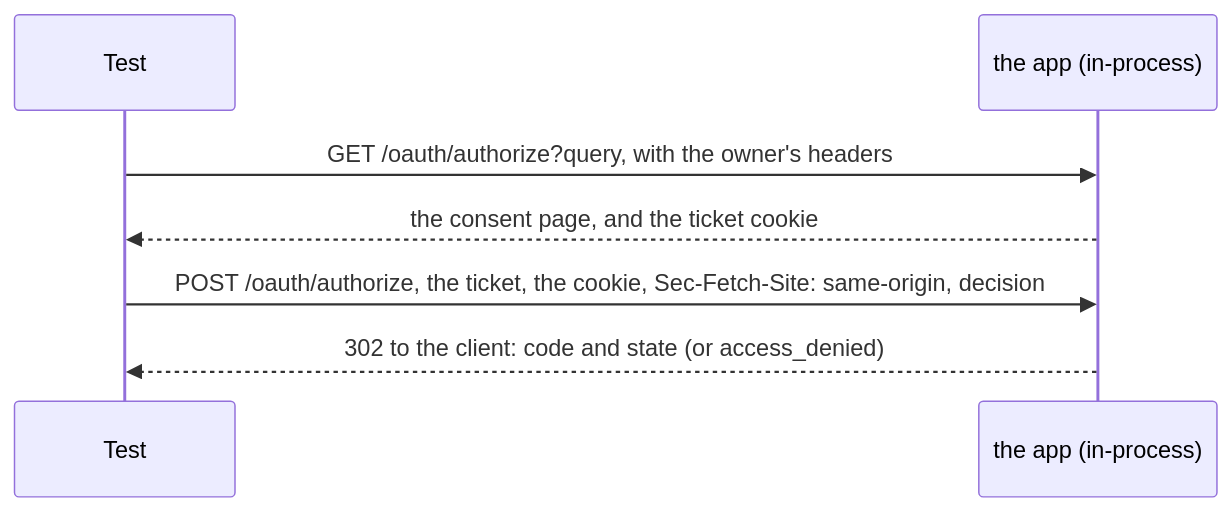
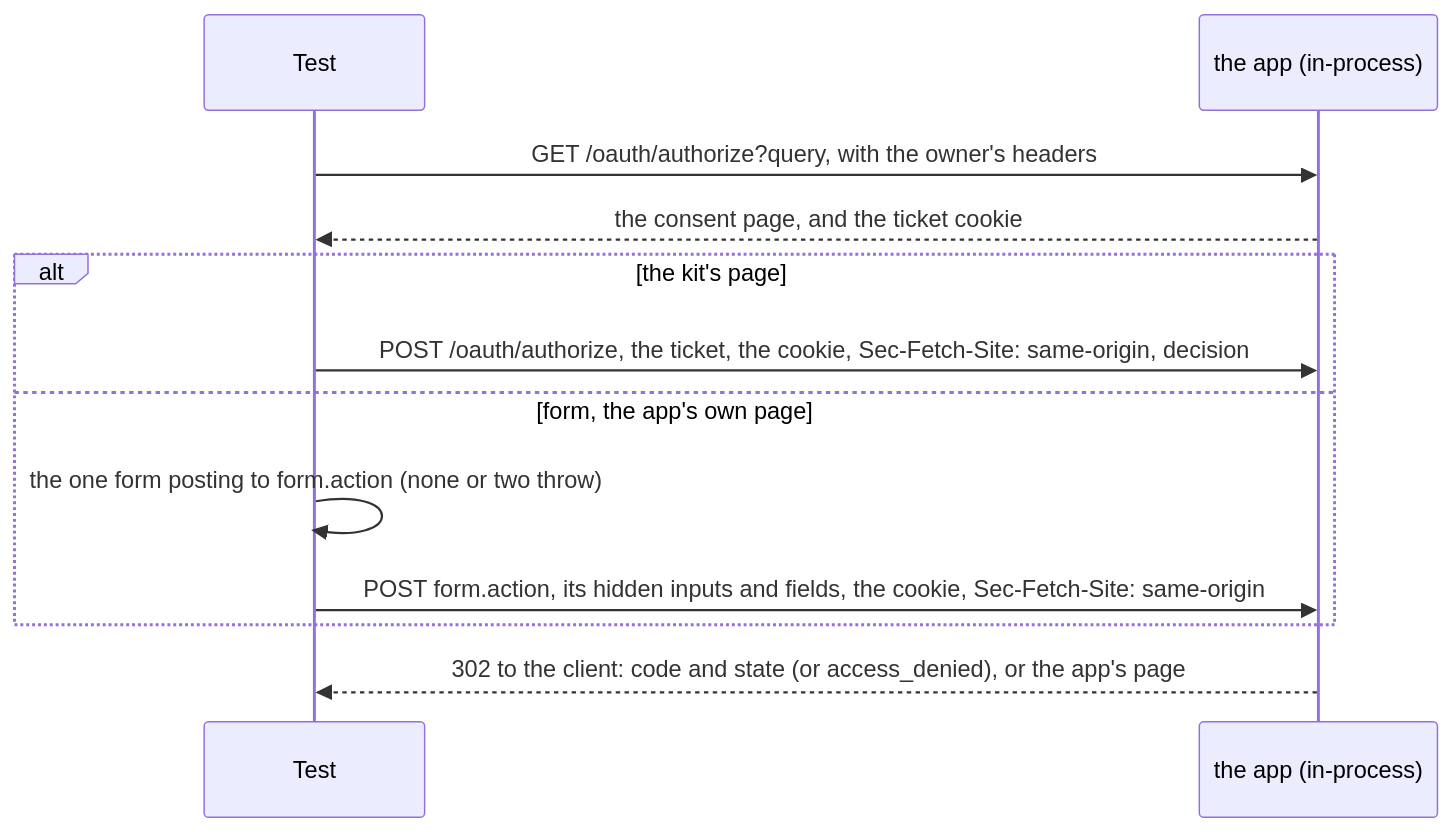
Before and after one commit to escalay/api-kit: the diagram in src/testing/README.md, drawn with Mermaid. The commit also changed other lines of this file and 10 other files, not shown here.

First line of the commit message:
feat(oauth, testing): what an app's own sign-in page needs (#103)

````diff
--- a/src/testing/README.md
+++ b/src/testing/README.md
@@ -77,9 +77,14 @@
 ```mermaid
 sequenceDiagram
   participant Test
   participant App as the app (in-process)
   Test->>App: GET /oauth/authorize?query, with the owner's headers
   App-->>Test: the consent page, and the ticket cookie
-  Test->>App: POST /oauth/authorize, the ticket, the cookie, Sec-Fetch-Site: same-origin, decision
-  App-->>Test: 302 to the client: code and state (or access_denied)
+  alt the kit's page
+    Test->>App: POST /oauth/authorize, the ticket, the cookie, Sec-Fetch-Site: same-origin, decision
+  else form, the app's own page
+    Test->>Test: the one form posting to form.action (none or two throw)
+    Test->>App: POST form.action, its hidden inputs and fields, the cookie, Sec-Fetch-Site: same-origin
+  end
+  App-->>Test: 302 to the client: code and state (or access_denied), or the app's page
 ```
````
